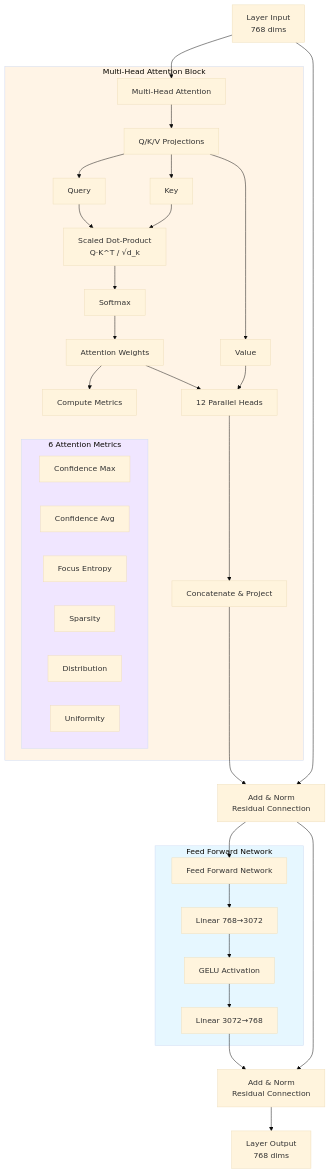
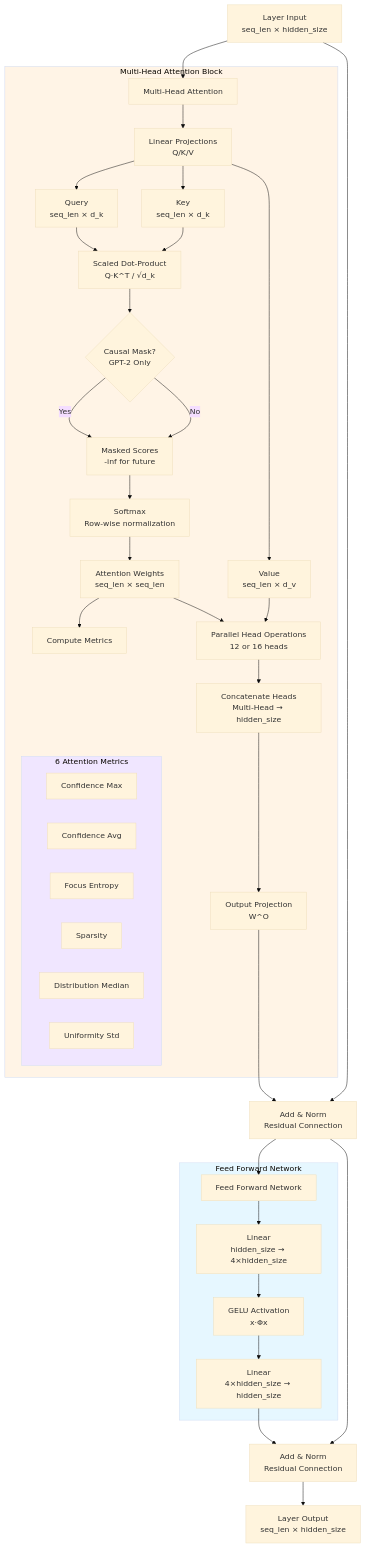
The second of 4 diagrams in ARCHITECTURE.md (pinthoz/attention-atlas), drawn with Mermaid (base theme) before and after one commit. The commit also changed other lines of this file and 13 other files, not shown here.

````diff
--- a/ARCHITECTURE.md
+++ b/ARCHITECTURE.md
@@ -39,51 +70,55 @@
 ```mermaid
 flowchart TD
-    Input[Layer Input<br/>768 dims] --> MHA[Multi-Head Attention]
+    Input[Layer Input<br/>seq_len × hidden_size] --> MHA[Multi-Head Attention]
 
     subgraph MultiHead [Multi-Head Attention Block]
-        MHA --> QKV[Q/K/V Projections]
-        QKV --> Q[Query]
-        QKV --> K[Key]
-        QKV --> V[Value]
+        MHA --> QKV[Linear Projections<br/>Q/K/V]
+        QKV --> Q[Query<br/>seq_len × d_k]
+        QKV --> K[Key<br/>seq_len × d_k]
+        QKV --> V[Value<br/>seq_len × d_v]
 
         Q --> Scaled[Scaled Dot-Product<br/>Q·K^T / √d_k]
         K --> Scaled
-        Scaled --> Softmax[Softmax]
-        Softmax --> Attention[Attention Weights]
+        Scaled --> Mask{Causal Mask?<br/>GPT-2 Only}
+        Mask -->|Yes| MaskedScores[Masked Scores<br/>-inf for future]
+        Mask -->|No| MaskedScores
+        MaskedScores --> Softmax[Softmax<br/>Row-wise normalization]
+        Softmax --> Attention[Attention Weights<br/>seq_len × seq_len]
 
         Attention --> Metrics[Compute Metrics]
 
         subgraph MetricsBox [6 Attention Metrics]
             M1[Confidence Max]
             M2[Confidence Avg]
             M3[Focus Entropy]
             M4[Sparsity]
-            M5[Distribution]
-            M6[Uniformity]
+            M5[Distribution Median]
+            M6[Uniformity Std]
         end
 
-        Attention --> Heads[12 Parallel Heads]
-        V --> Heads
-        Heads --> Concat[Concatenate & Project]
+        Attention --> HeadsOp[Parallel Head Operations<br/>12 or 16 heads]
+        V --> HeadsOp
+        HeadsOp --> Concat[Concatenate Heads<br/>Multi-Head → hidden_size]
+        Concat --> Proj[Output Projection<br/>W^O]
     end
 
-    Concat --> Add1[Add & Norm<br/>Residual Connection]
+    Proj --> Add1[Add & Norm<br/>Residual Connection]
     Input --> Add1
 
     Add1 --> FFN[Feed Forward Network]
 
     subgraph FFNBlock [Feed Forward Network]
-        FFN --> Linear1[Linear 768→3072]
-        Linear1 --> GELU[GELU Activation]
-        GELU --> Linear2[Linear 3072→768]
+        FFN --> Linear1[Linear<br/>hidden_size → 4×hidden_size]
+        Linear1 --> GELU[GELU Activation<br/>x·Φx]
+        GELU --> Linear2[Linear<br/>4×hidden_size → hidden_size]
     end
 
     Linear2 --> Add2[Add & Norm<br/>Residual Connection]
     Add1 --> Add2
 
-    Add2 --> Output[Layer Output<br/>768 dims]
+    Add2 --> Output[Layer Output<br/>seq_len × hidden_size]
 
     style MultiHead fill:#fff4e6
     style FFNBlock fill:#e6f7ff
     style MetricsBox fill:#f0e6ff
 ```
````
